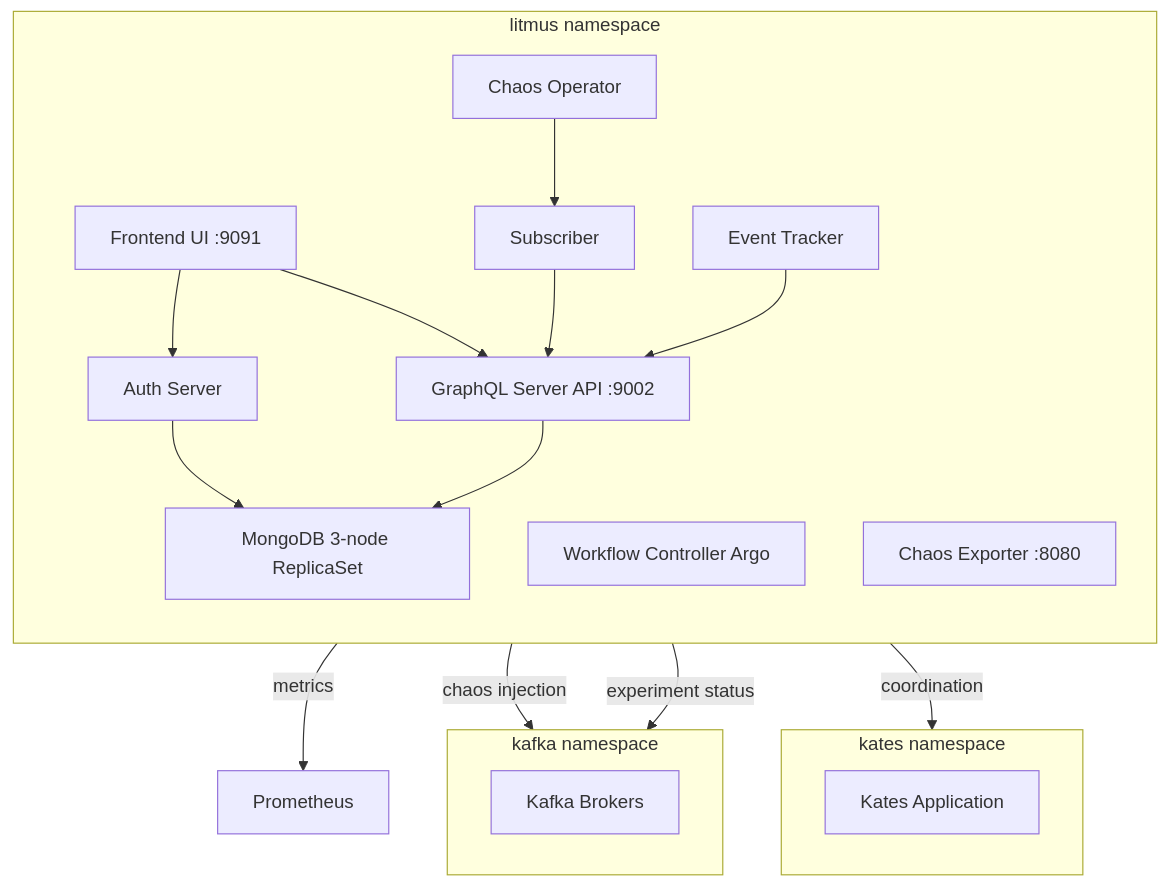
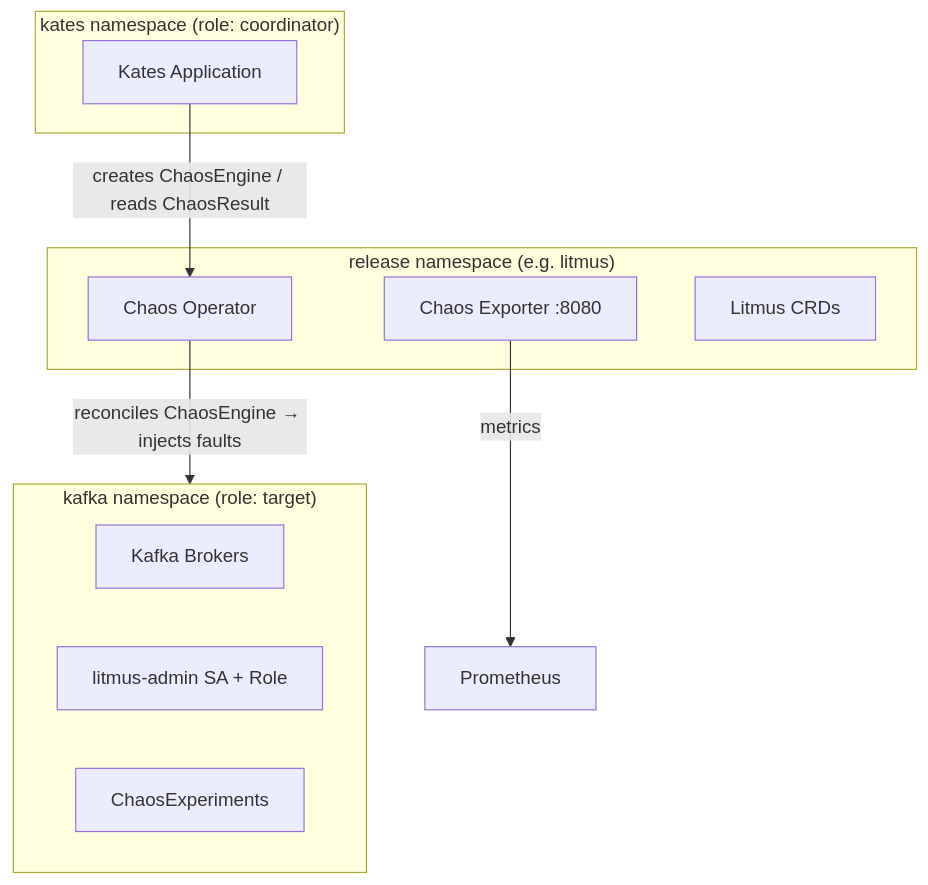
Before and after one commit to actions-marketplace-validations/bmscomp_kates: the diagram in docs/kates-chaos-chart.md, drawn with Mermaid. The commit also changed other lines of this file and 27 other files, not shown here.

First line of the commit message:
feat(chaos): scope kates-chaos to the execution plane and make it configurable (#72)

````diff
--- a/docs/kates-chaos-chart.md
+++ b/docs/kates-chaos-chart.md
@@ -27,36 +25,22 @@
 ```mermaid
 graph TB
-    subgraph litmus["litmus namespace"]
-        direction TB
-        frontend["Frontend UI :9091"]
-        auth["Auth Server"]
-        graphql["GraphQL Server API :9002"]
-        mongo["MongoDB 3-node ReplicaSet"]
+    subgraph release["release namespace (e.g. litmus)"]
         operator["Chaos Operator"]
-        workflow["Workflow Controller Argo"]
         exporter["Chaos Exporter :8080"]
-        tracker["Event Tracker"]
-        subscriber["Subscriber"]
-
-        frontend --> graphql
-        frontend --> auth
-        graphql --> mongo
-        auth --> mongo
-        operator --> subscriber
-        subscriber --> graphql
-        tracker --> graphql
+        crds["Litmus CRDs"]
     end
 
-    subgraph kafka["kafka namespace"]
+    subgraph kafka["kafka namespace (role: target)"]
         brokers["Kafka Brokers"]
+        sa["litmus-admin SA + Role"]
+        experiments["ChaosExperiments"]
     end
 
-    subgraph kates["kates namespace"]
+    subgraph kates["kates namespace (role: coordinator)"]
         app["Kates Application"]
     end
 
-    operator -- "chaos injection" --> kafka
-    subscriber -- "experiment status" --> kafka
-    graphql -- "coordination" --> kates
+    operator -- "reconciles ChaosEngine → injects faults" --> kafka
+    app -- "creates ChaosEngine / reads ChaosResult" --> operator
     exporter -- "metrics" --> prometheus["Prometheus"]
 ```
````
